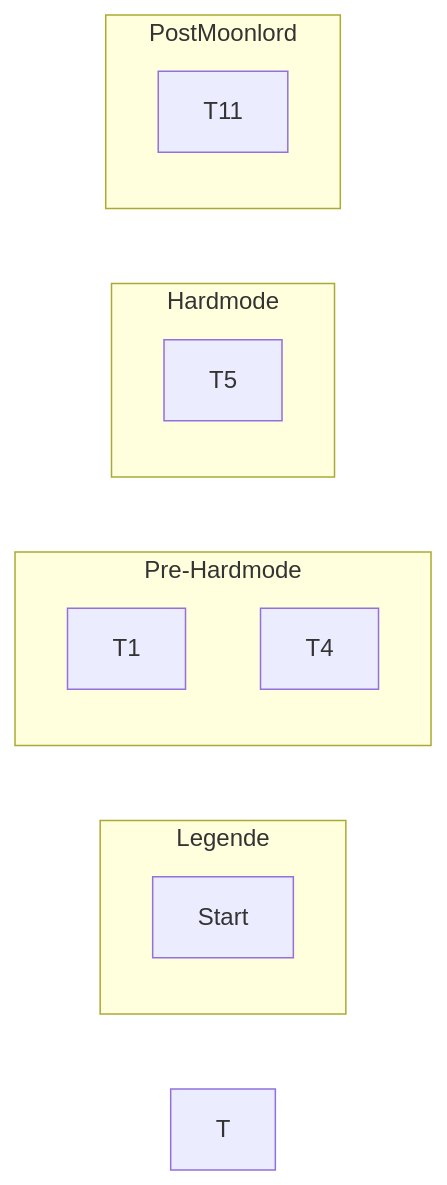
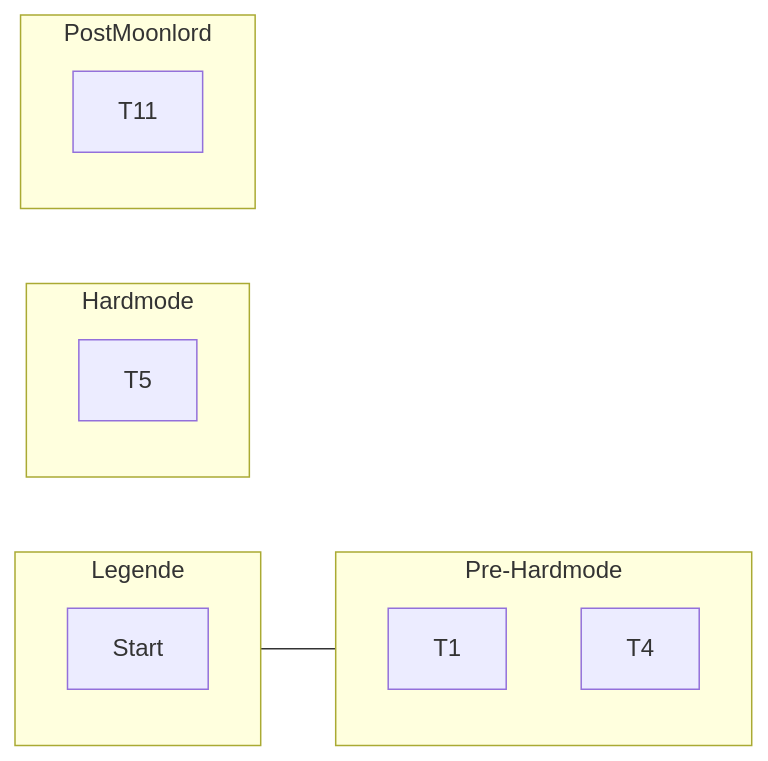
Before and after one commit to Schokobaer06/BattleOfGods: the diagram in todo.md, drawn with Mermaid. The commit also changed other lines of this file, not shown here.

Commit message:
todo.md updated from https://stackedit.io/

````diff
--- a/todo.md
+++ b/todo.md
@@ -136,17 +136,17 @@
 ```mermaid
 graph LR
 subgraph legend [Legende]
 	Start
 end
 subgraph prehardmode [Pre-Hardmode]
 	T1
 	T4
 	end
 subgraph hardmode [Hardmode]
 	T5
 end
 subgraph postmoonlord [PostMoonlord]
 	T11
 end
-T
+legend --- prehardmode
 ```
````
